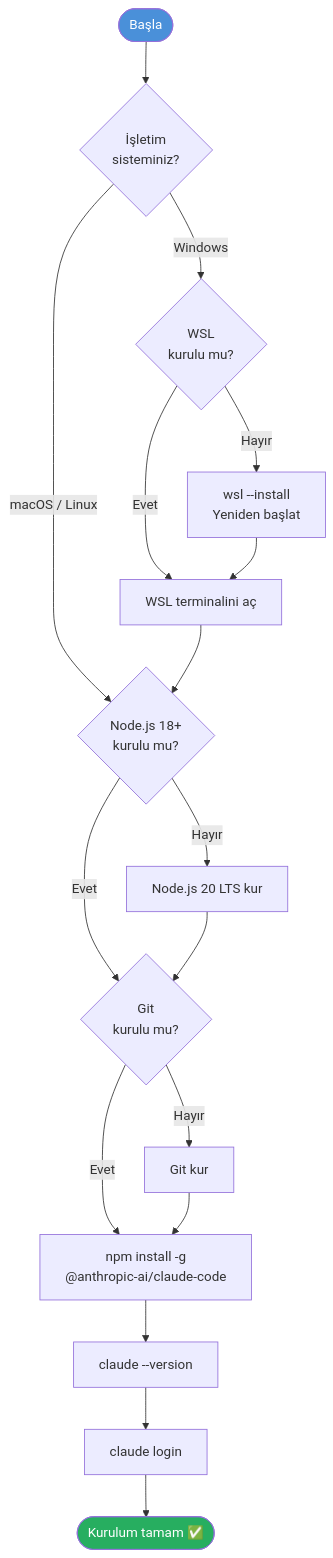
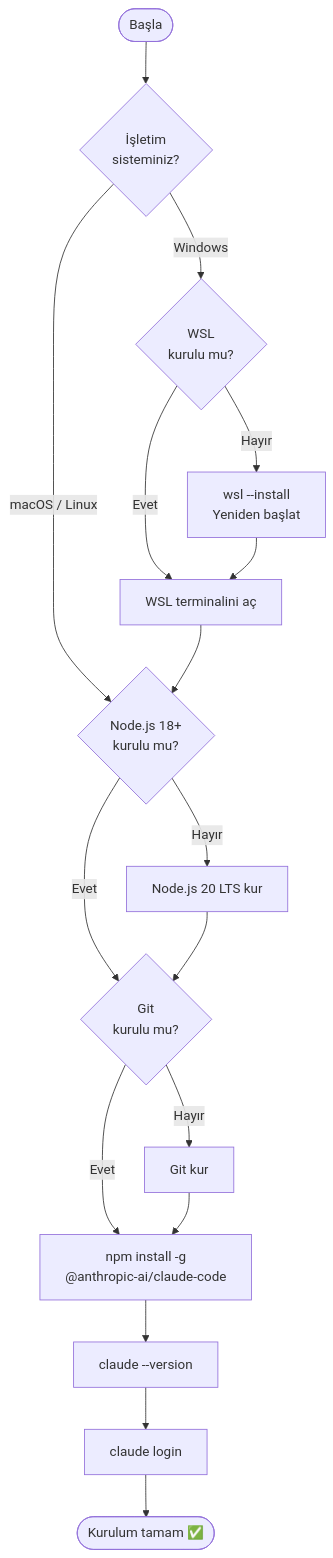
Before and after one commit to IzzetYasinAtes/ClaudeCodeHandbook: the third of 4 diagrams in 06-claude-code-tanitim/03-kurulum-ve-gereksinimler.md, drawn with Mermaid. The commit also changed 97 other files, not shown here.

Commit message:
Remove all custom Mermaid style/fill colors from 98 markdown files for consistent dark theme rendering

````diff
--- a/06-claude-code-tanitim/03-kurulum-ve-gereksinimler.md
+++ b/06-claude-code-tanitim/03-kurulum-ve-gereksinimler.md
@@ -176,27 +176,25 @@
 ```mermaid
 flowchart TD
     START(["Başla"]) --> CHECK_OS{"İşletim<br/>sisteminiz?"}
 
     CHECK_OS -->|"macOS / Linux"| CHECK_NODE{"Node.js 18+<br/>kurulu mu?"}
     CHECK_OS -->|"Windows"| WSL{"WSL<br/>kurulu mu?"}
 
     WSL -->|"Hayır"| INSTALL_WSL["wsl --install<br/>Yeniden başlat"]
     WSL -->|"Evet"| OPEN_WSL["WSL terminalini aç"]
     INSTALL_WSL --> OPEN_WSL
     OPEN_WSL --> CHECK_NODE
 
     CHECK_NODE -->|"Hayır"| INSTALL_NODE["Node.js 20 LTS kur"]
     CHECK_NODE -->|"Evet"| CHECK_GIT{"Git<br/>kurulu mu?"}
     INSTALL_NODE --> CHECK_GIT
 
     CHECK_GIT -->|"Hayır"| INSTALL_GIT["Git kur"]
     CHECK_GIT -->|"Evet"| INSTALL_CC["npm install -g<br/>@anthropic-ai/claude-code"]
     INSTALL_GIT --> INSTALL_CC
 
     INSTALL_CC --> VERIFY["claude --version"]
     VERIFY --> LOGIN["claude login"]
     LOGIN --> DONE(["Kurulum tamam ✅"])
 
-    style START fill:#4A90D9,color:#fff
-    style DONE fill:#27AE60,color:#fff
 ```
````
